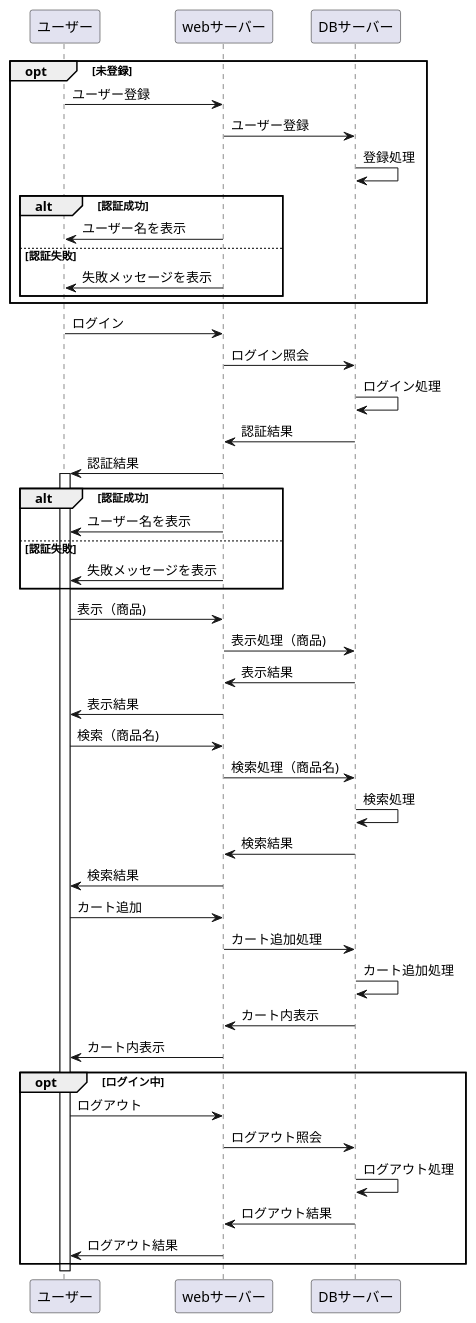
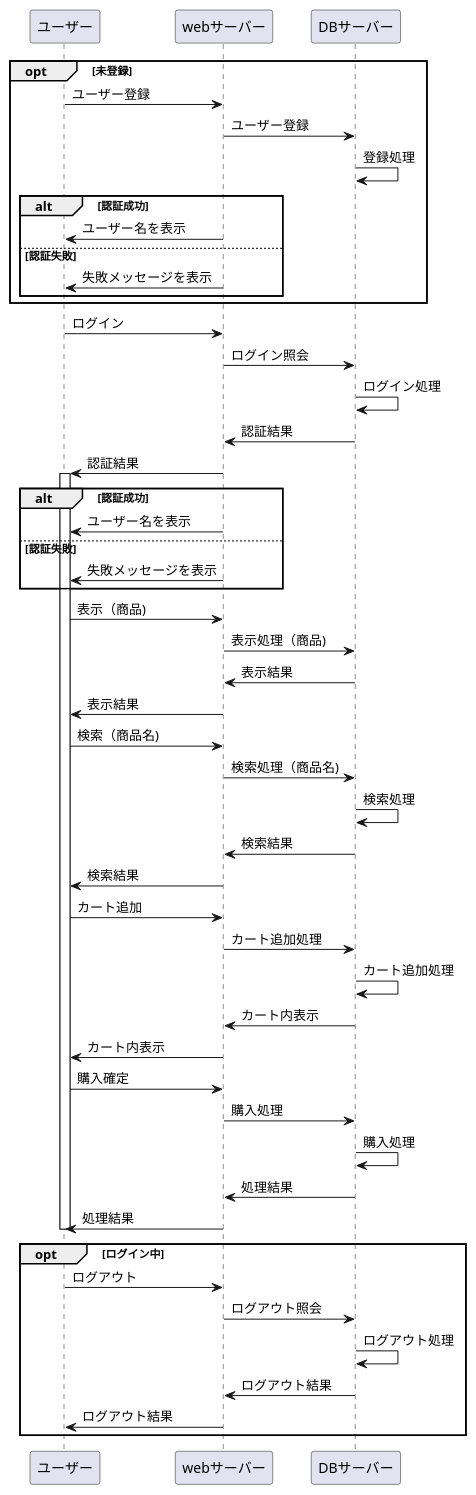
One commit to Aso2001398/2021sys-design changed the diagram in original_site_workflow.md. Above: the diagram before and after it, drawn with PlantUML.

````diff
--- a/original_site_workflow.md
+++ b/original_site_workflow.md
@@ -1,60 +1,67 @@
 ```uml
 @startuml
 opt 未登録
 ユーザー -> webサーバー : ユーザー登録
 webサーバー -> DBサーバー:ユーザー登録
 DBサーバー -> DBサーバー:登録処理
 
 alt 認証成功
 webサーバー -> ユーザー:ユーザー名を表示
 else 認証失敗
 webサーバー -> ユーザー:失敗メッセージを表示
 
 end
 
 end
 
 ユーザー -> webサーバー : ログイン
 webサーバー -> DBサーバー:ログイン照会
 DBサーバー -> DBサーバー:ログイン処理
 DBサーバー -> webサーバー:認証結果
 webサーバー -> ユーザー:認証結果
 
 activate ユーザー
 
 alt 認証成功
 webサーバー -> ユーザー:ユーザー名を表示
 else 認証失敗
 webサーバー -> ユーザー:失敗メッセージを表示
 
 end
 
 ユーザー -> webサーバー:表示（商品)
 webサーバー -> DBサーバー:表示処理（商品)
 DBサーバー -> webサーバー:表示結果
 webサーバー -> ユーザー:表示結果
 
 ユーザー -> webサーバー:検索（商品名)
 webサーバー -> DBサーバー:検索処理（商品名)
 DBサーバー -> DBサーバー:検索処理
 DBサーバー -> webサーバー:検索結果
 webサーバー -> ユーザー:検索結果
 
 ユーザー -> webサーバー:カート追加
 webサーバー -> DBサーバー:カート追加処理
 DBサーバー -> DBサーバー:カート追加処理
 DBサーバー -> webサーバー:カート内表示
 webサーバー -> ユーザー:カート内表示
 
+ユーザー -> webサーバー : 購入確定
+webサーバー -> DBサーバー:購入処理
+DBサーバー -> DBサーバー:購入処理
+DBサーバー -> webサーバー:処理結果
+webサーバー -> ユーザー:処理結果
+deactivate ユーザー
+
 
 opt ログイン中
 ユーザー -> webサーバー : ログアウト
 webサーバー -> DBサーバー:ログアウト照会
 DBサーバー -> DBサーバー:ログアウト処理
 DBサーバー -> webサーバー:ログアウト結果
 webサーバー -> ユーザー:ログアウト結果
 end
 
 deactivate ユーザー
 @enduml
 ```
````
